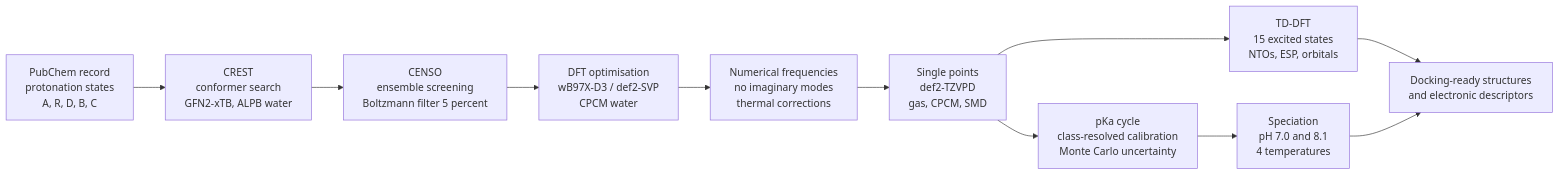
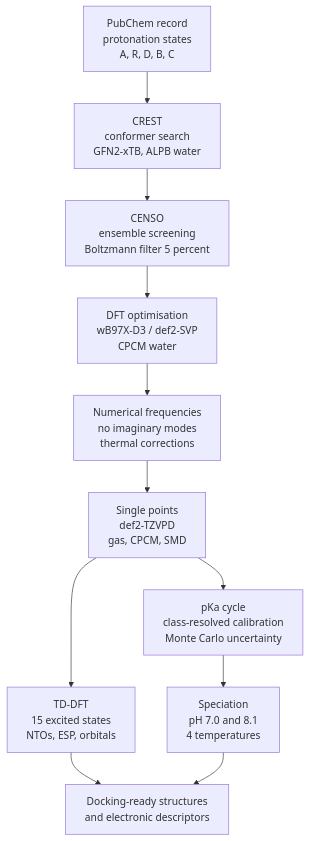
One commit to kmilozeta27/MAA-quantum-chemical-protocol changed the diagram in README.md. Above: the diagram before and after it, drawn with Mermaid.

Commit message:
docs: vertical pipeline diagram for readability

````diff
--- a/README.md
+++ b/README.md
@@ -67,13 +67,13 @@
 ```mermaid
-flowchart LR
+flowchart TD
     A["PubChem record<br/>protonation states<br/>A, R, D, B, C"] --> B["CREST<br/>conformer search<br/>GFN2-xTB, ALPB water"]
     B --> C["CENSO<br/>ensemble screening<br/>Boltzmann filter 5 percent"]
     C --> D["DFT optimisation<br/>wB97X-D3 / def2-SVP<br/>CPCM water"]
     D --> E["Numerical frequencies<br/>no imaginary modes<br/>thermal corrections"]
     E --> F["Single points<br/>def2-TZVPD<br/>gas, CPCM, SMD"]
     F --> G["TD-DFT<br/>15 excited states<br/>NTOs, ESP, orbitals"]
     F --> H["pKa cycle<br/>class-resolved calibration<br/>Monte Carlo uncertainty"]
     H --> I["Speciation<br/>pH 7.0 and 8.1<br/>4 temperatures"]
     G --> J["Docking-ready structures<br/>and electronic descriptors"]
     I --> J
 ```
````
